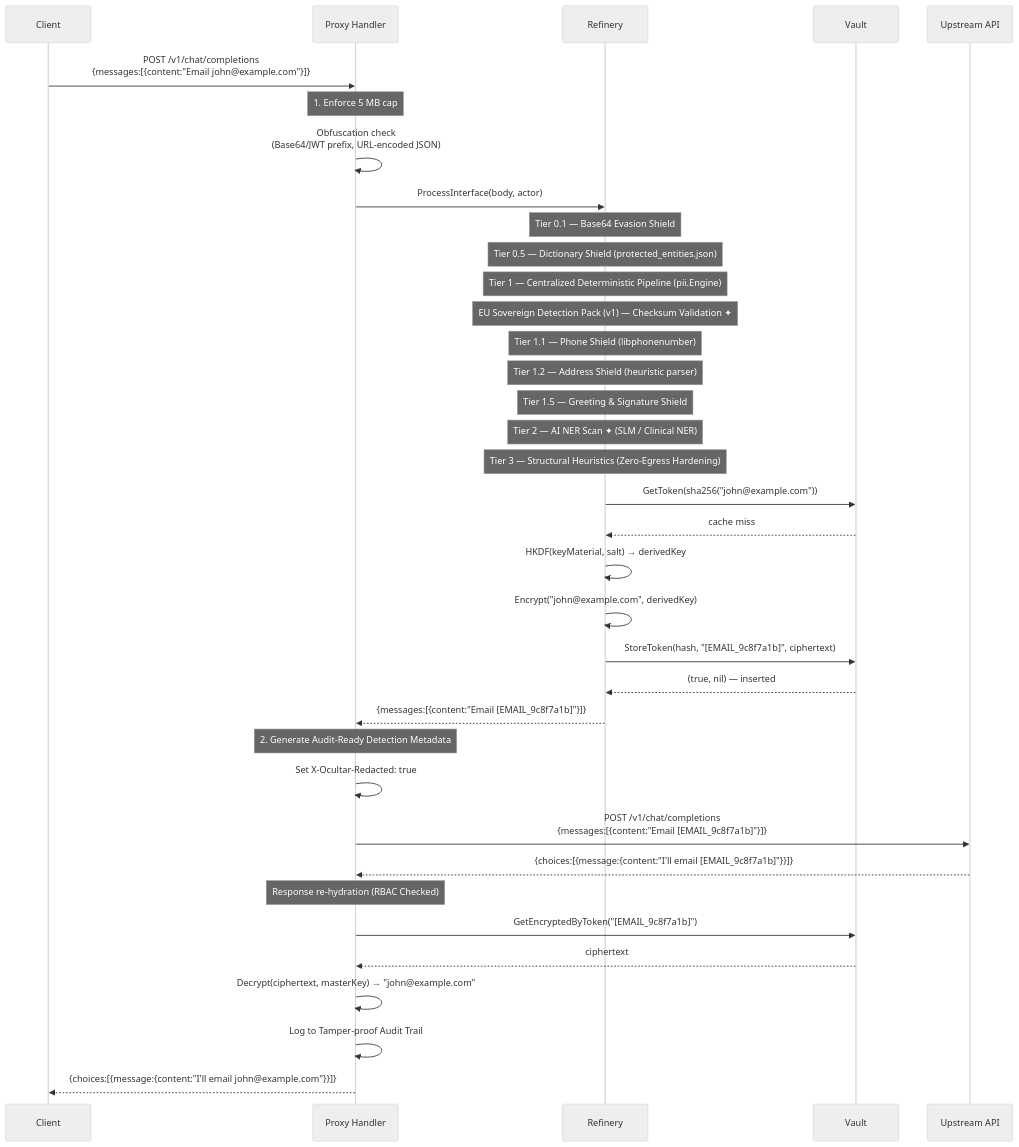
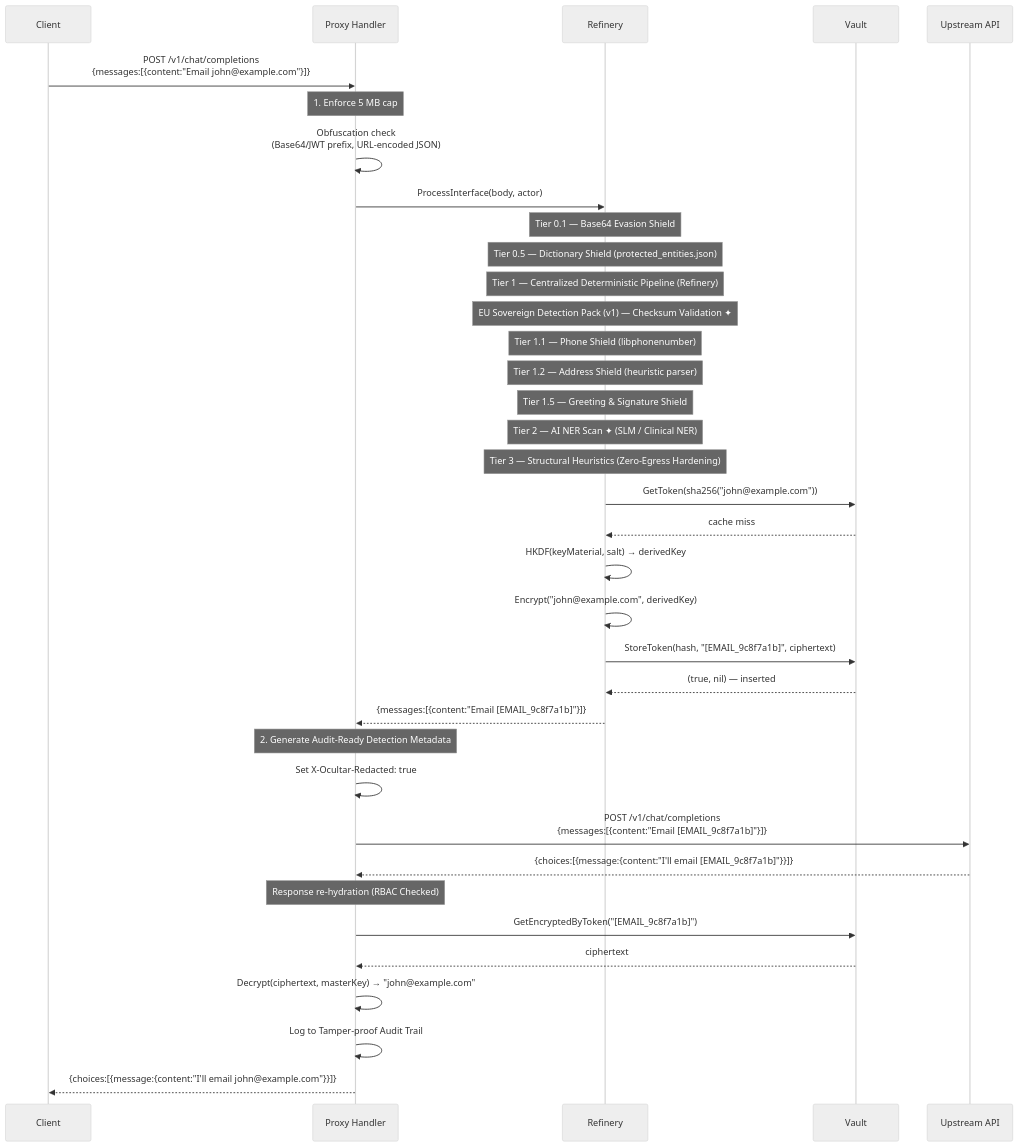
The third of 5 diagrams in docs/ARCHITECTURE.md (Edu963/ocultar), drawn with Mermaid (neutral theme) before and after one commit. The commit also changed 2 other files, not shown here.

Commit message:
feat: Expand EU Sovereign Pack with Nordic and French identifiers, add US Passports/DLs, and rename the PII engine to Refinery across documentation.

````diff
--- a/docs/ARCHITECTURE.md
+++ b/docs/ARCHITECTURE.md
@@ -101,47 +101,47 @@
 ```mermaid
 sequenceDiagram
     participant C as Client
     participant P as Proxy Handler
     participant E as Refinery
     participant V as Vault
     participant U as Upstream API
 
     C->>P: POST /v1/chat/completions<br/>{messages:[{content:"Email john@example.com"}]}
 
     Note over P: 1. Enforce 5 MB cap
     P->>P: Obfuscation check<br/>(Base64/JWT prefix, URL-encoded JSON)
 
     P->>E: ProcessInterface(body, actor)
 
     Note over E: Tier 0.1 — Base64 Evasion Shield
     Note over E: Tier 0.5 — Dictionary Shield (protected_entities.json)
-    Note over E: Tier 1 — Centralized Deterministic Pipeline (pii.Engine)
+    Note over E: Tier 1 — Centralized Deterministic Pipeline (Refinery)
     Note over E: EU Sovereign Detection Pack (v1) — Checksum Validation ✦
     Note over E: Tier 1.1 — Phone Shield (libphonenumber)
     Note over E: Tier 1.2 — Address Shield (heuristic parser)
     Note over E: Tier 1.5 — Greeting & Signature Shield
     Note over E: Tier 2 — AI NER Scan ✦ (SLM / Clinical NER)
     Note over E: Tier 3 — Structural Heuristics (Zero-Egress Hardening)
 
     E->>V: GetToken(sha256("john@example.com"))
     V-->>E: cache miss
     E->>E: HKDF(keyMaterial, salt) → derivedKey
     E->>E: Encrypt("john@example.com", derivedKey)
     E->>V: StoreToken(hash, "[EMAIL_9c8f7a1b]", ciphertext)
     V-->>E: (true, nil) — inserted
 
     E-->>P: {messages:[{content:"Email [EMAIL_9c8f7a1b]"}]}
     Note over P: 2. Generate Audit-Ready Detection Metadata
 
     P->>P: Set X-Ocultar-Redacted: true
     P->>U: POST /v1/chat/completions<br/>{messages:[{content:"Email [EMAIL_9c8f7a1b]"}]}
     U-->>P: {choices:[{message:{content:"I'll email [EMAIL_9c8f7a1b]"}}]}
 
     Note over P: Response re-hydration (RBAC Checked)
     P->>V: GetEncryptedByToken("[EMAIL_9c8f7a1b]")
     V-->>P: ciphertext
     P->>P: Decrypt(ciphertext, masterKey) → "john@example.com"
     P->>P: Log to Tamper-proof Audit Trail
 
     P-->>C: {choices:[{message:{content:"I'll email john@example.com"}}]}
 ```
````
